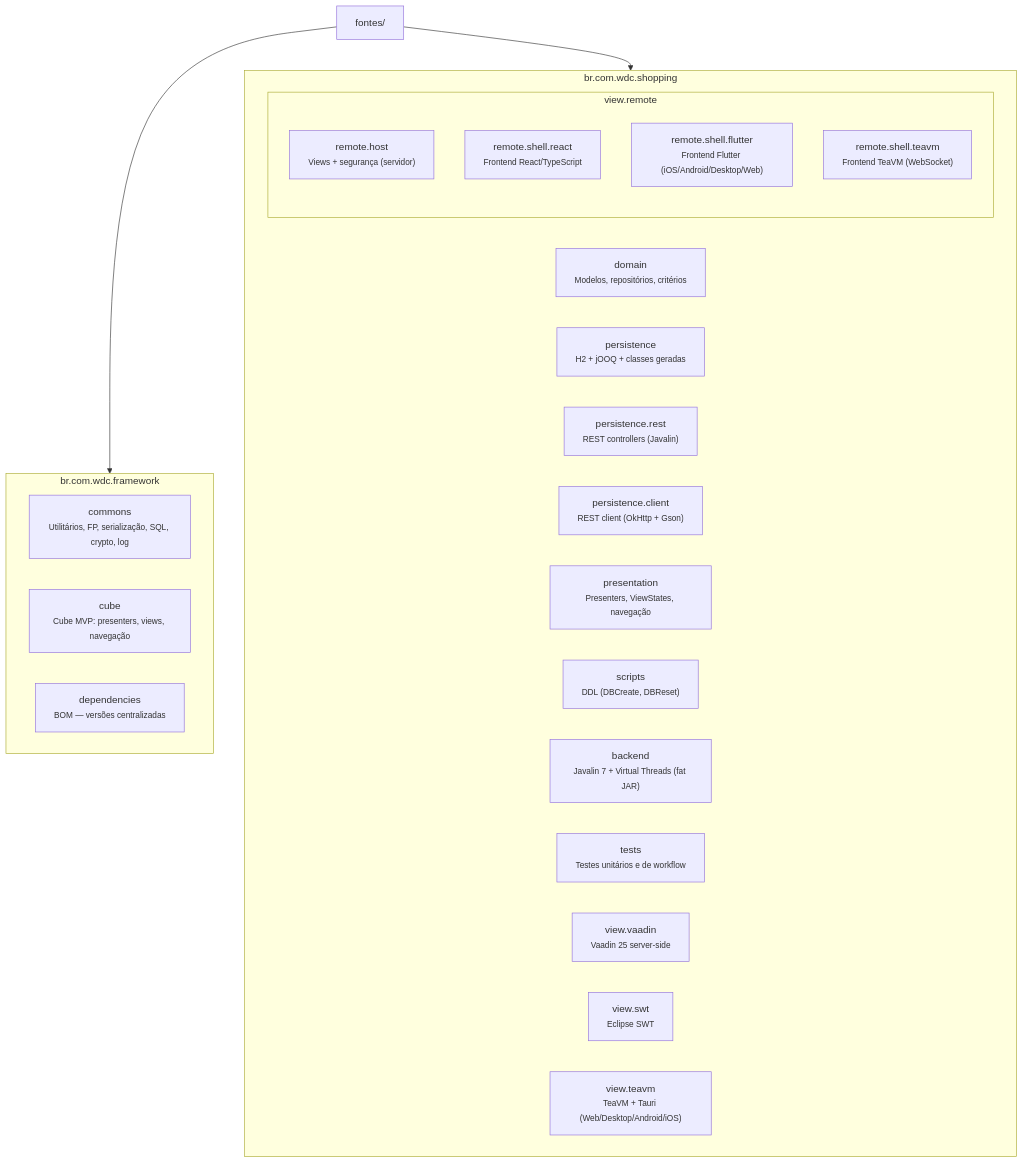
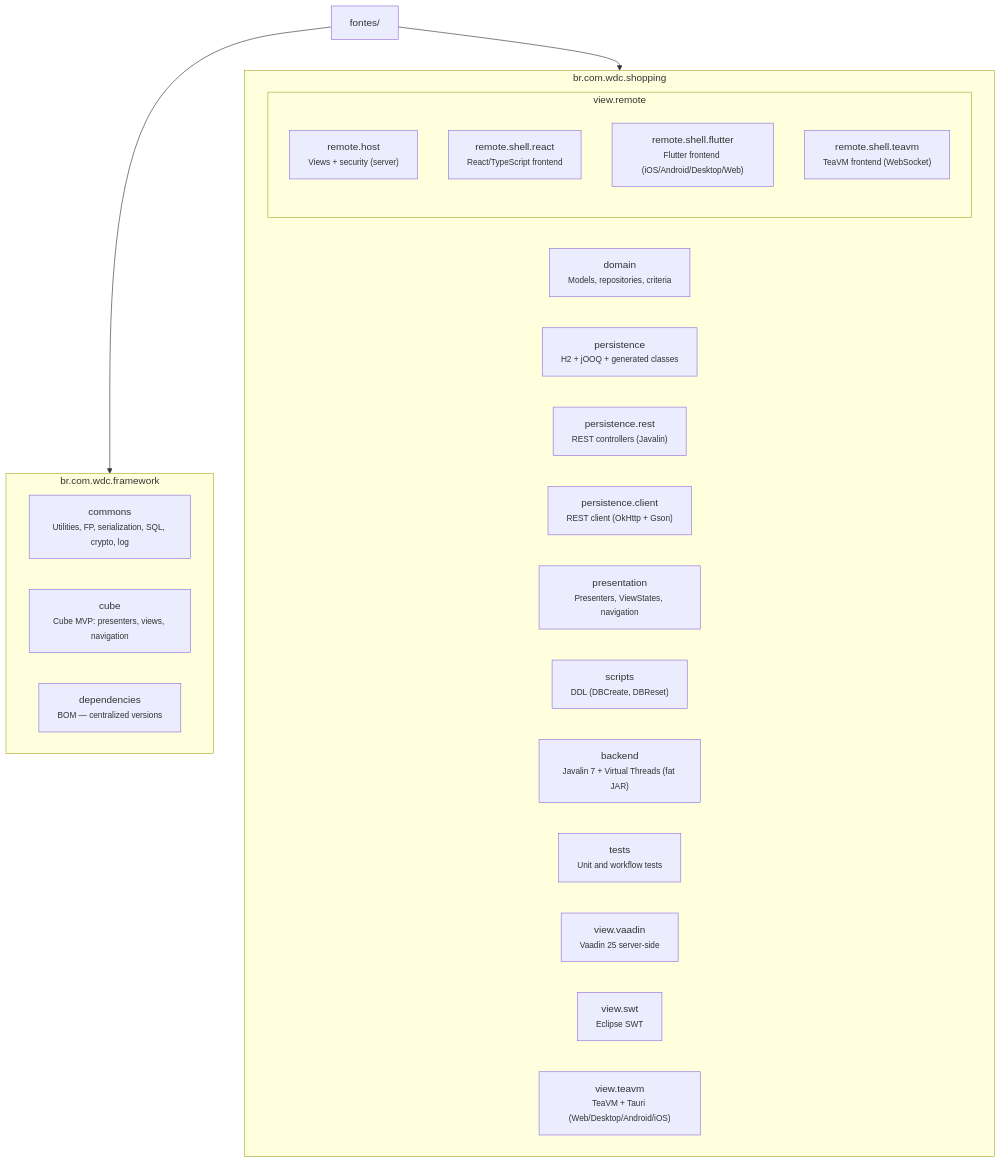
Before and after one commit to mrcdom/wdc-cube-java-v2: the second of 3 diagrams in README.md, drawn with Mermaid. The commit also changed other lines of this file and 69 other files, not shown here.

````diff
--- a/README.md
+++ b/README.md
@@ -59,35 +59,35 @@
 ```mermaid
 graph TD
     fontes["fontes/"]
 
     subgraph Framework["br.com.wdc.framework"]
-        commons["commons<br/><small>Utilitários, FP, serialização, SQL, crypto, log</small>"]
-        cube["cube<br/><small>Cube MVP: presenters, views, navegação</small>"]
-        deps["dependencies<br/><small>BOM — versões centralizadas</small>"]
+        commons["commons<br/><small>Utilities, FP, serialization, SQL, crypto, log</small>"]
+        cube["cube<br/><small>Cube MVP: presenters, views, navigation</small>"]
+        deps["dependencies<br/><small>BOM — centralized versions</small>"]
     end
 
     subgraph Shopping["br.com.wdc.shopping"]
-        domain["domain<br/><small>Modelos, repositórios, critérios</small>"]
-        persistence["persistence<br/><small>H2 + jOOQ + classes geradas</small>"]
+        domain["domain<br/><small>Models, repositories, criteria</small>"]
+        persistence["persistence<br/><small>H2 + jOOQ + generated classes</small>"]
         persistRest["persistence.rest<br/><small>REST controllers (Javalin)</small>"]
         persistClient["persistence.client<br/><small>REST client (OkHttp + Gson)</small>"]
-        presentation["presentation<br/><small>Presenters, ViewStates, navegação</small>"]
+        presentation["presentation<br/><small>Presenters, ViewStates, navigation</small>"]
         scripts["scripts<br/><small>DDL (DBCreate, DBReset)</small>"]
         backend["backend<br/><small>Javalin 7 + Virtual Threads (fat JAR)</small>"]
-        tests["tests<br/><small>Testes unitários e de workflow</small>"]
+        tests["tests<br/><small>Unit and workflow tests</small>"]
 
         subgraph ViewReact["view.remote"]
-            reactHost["remote.host<br/><small>Views + segurança (servidor)</small>"]
-            reactShellReact["remote.shell.react<br/><small>Frontend React/TypeScript</small>"]
-            reactShellFlutter["remote.shell.flutter<br/><small>Frontend Flutter (iOS/Android/Desktop/Web)</small>"]
-            reactShellTeavm["remote.shell.teavm<br/><small>Frontend TeaVM (WebSocket)</small>"]
+            reactHost["remote.host<br/><small>Views + security (server)</small>"]
+            reactShellReact["remote.shell.react<br/><small>React/TypeScript frontend</small>"]
+            reactShellFlutter["remote.shell.flutter<br/><small>Flutter frontend (iOS/Android/Desktop/Web)</small>"]
+            reactShellTeavm["remote.shell.teavm<br/><small>TeaVM frontend (WebSocket)</small>"]
         end
 
         viewVaadin["view.vaadin<br/><small>Vaadin 25 server-side</small>"]
         viewSwt["view.swt<br/><small>Eclipse SWT</small>"]
         viewTeavm["view.teavm<br/><small>TeaVM + Tauri (Web/Desktop/Android/iOS)</small>"]
     end
 
     fontes --> Framework
     fontes --> Shopping
 ```
````
